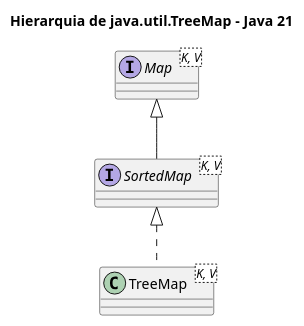
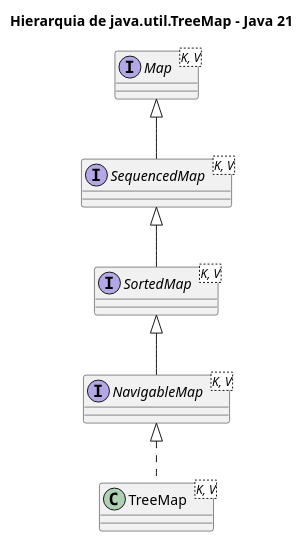
The diagram in subjects/poo/code/11-treemap-main.puml (fabriciosantana/idp-marp-slides), drawn with PlantUML before and after one commit. The commit also changed 12 other files, not shown here.

```diff
--- a/subjects/poo/code/11-treemap-main.puml
+++ b/subjects/poo/code/11-treemap-main.puml
@@ -1,12 +1,16 @@
 @startuml
 title Hierarquia de java.util.TreeMap - Java 21
 
 interface Map<K, V>
+interface SequencedMap<K, V>
 interface SortedMap<K, V>
+interface NavigableMap<K, V>
 
 class TreeMap<K, V>
 
-Map <|-- SortedMap
-SortedMap <|.. TreeMap
+Map <|-- SequencedMap
+SequencedMap <|-- SortedMap
+SortedMap <|-- NavigableMap
+NavigableMap <|.. TreeMap
 
 @enduml
```
